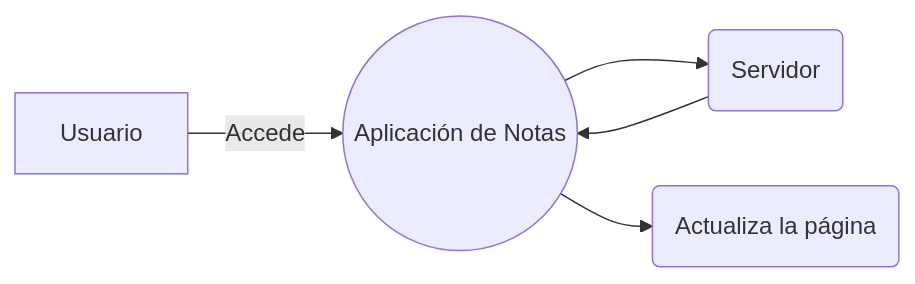
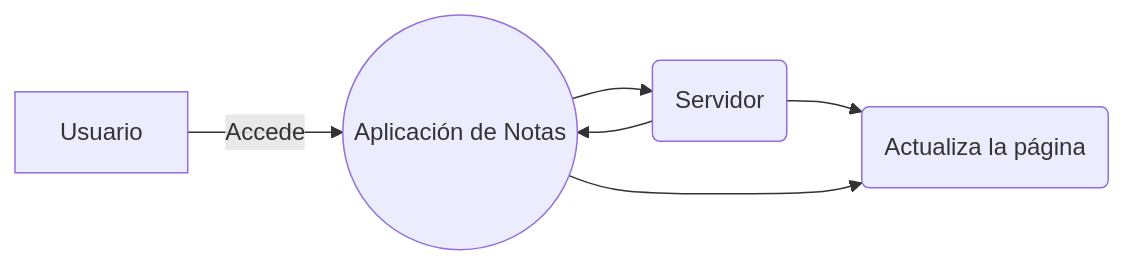
Before and after one commit to OmAn94/Markdown: the second of 3 diagrams in README.md, drawn with Mermaid.

````diff
--- a/README.md
+++ b/README.md
@@ -24,9 +24,9 @@
 ```mermaid
 
 graph LR
     A[Usuario] -- Accede --> B((Aplicación de Notas))
-    B --> C(Servidor)
+    B --> C(Servidor) --> D(Actualiza la página)
     C --> B
     B --> D(Actualiza la página)
 
 ```
````
